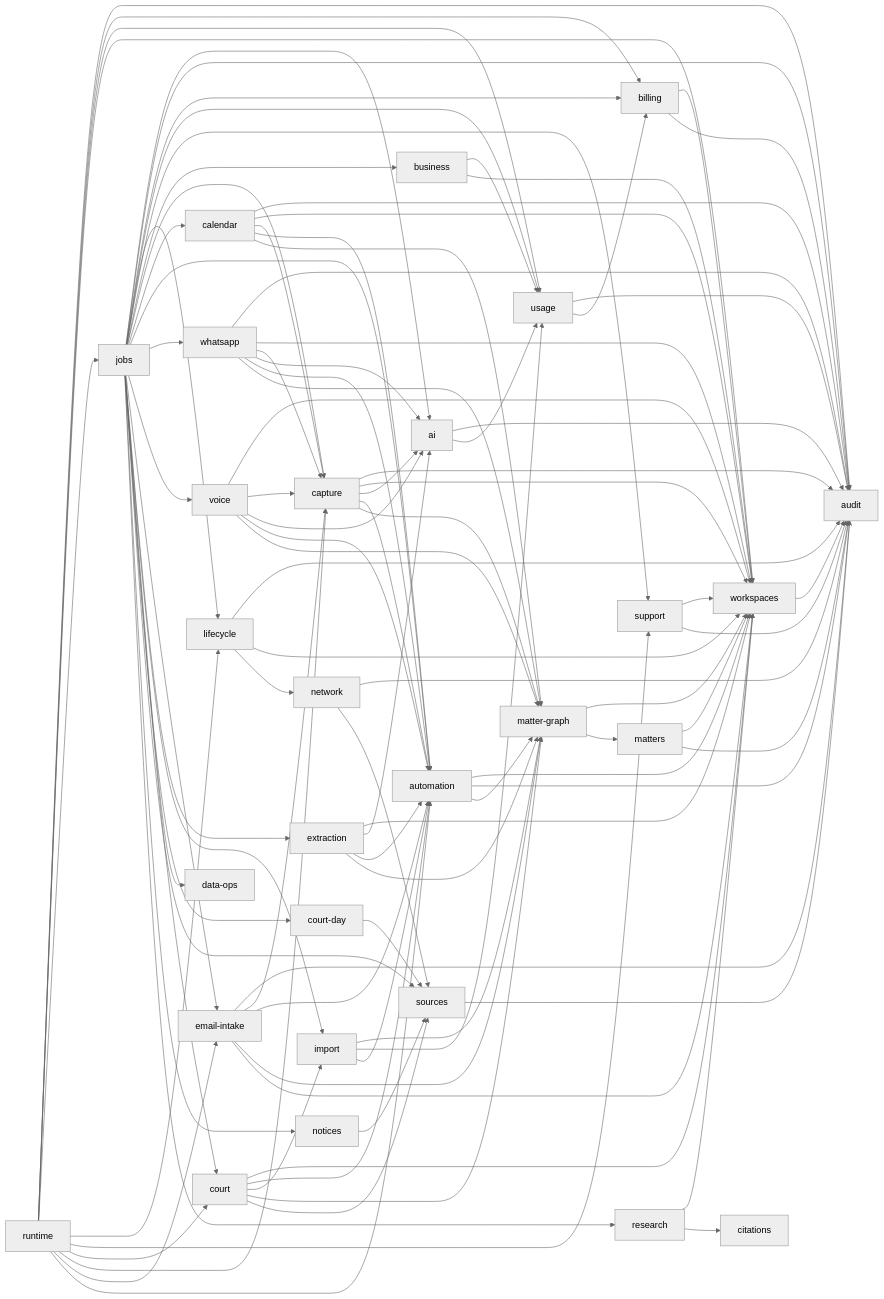
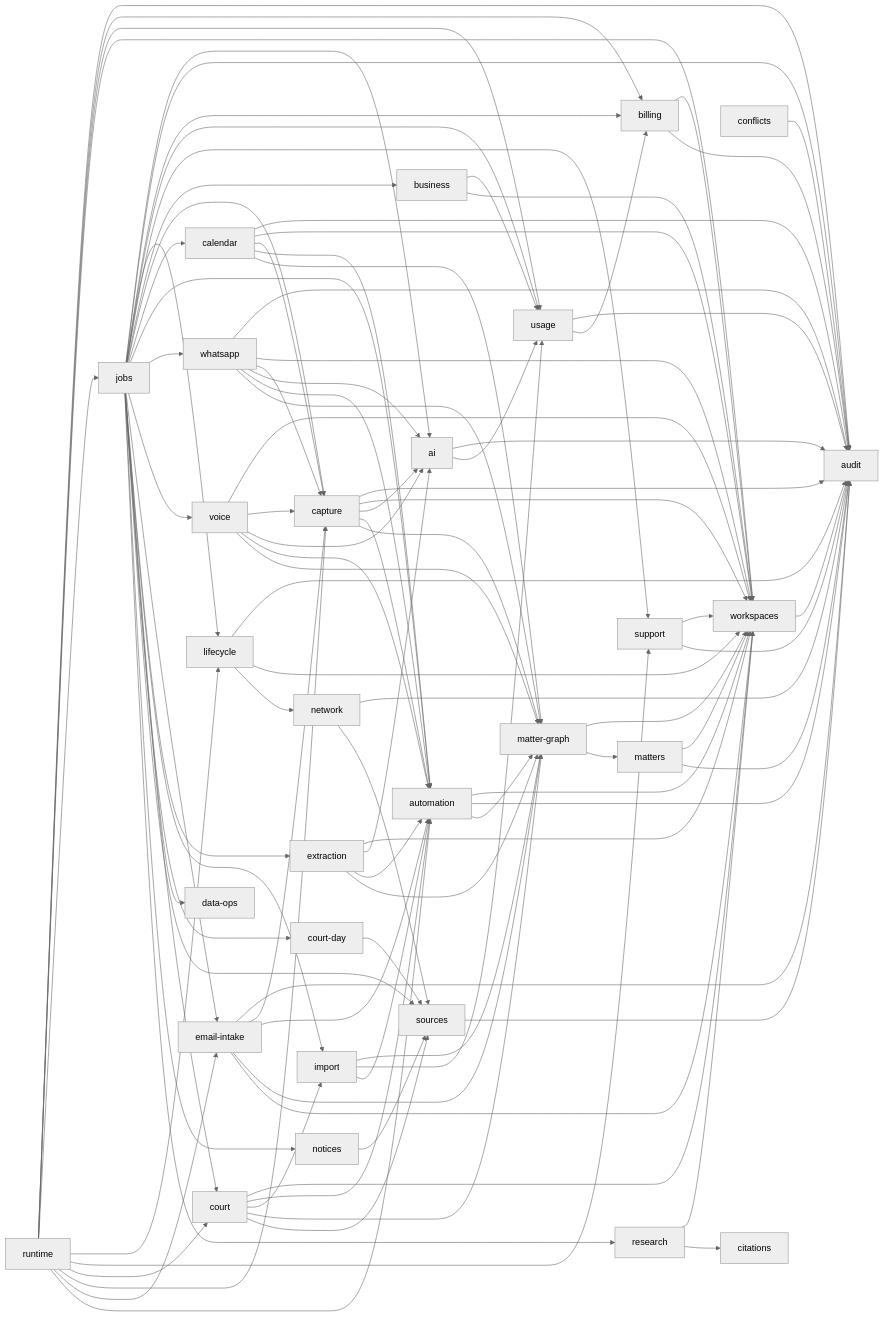
One commit to RapierCraftStudios/causedeck changed the diagram in docs/engineering/core-domains.md. Above: the diagram before and after it, drawn with Mermaid (neutral theme). The commit also changed other lines of this file and 30 other files, not shown here.

```diff
--- a/docs/engineering/core-domains.md
+++ b/docs/engineering/core-domains.md
@@ -141,6 +142,7 @@
   jobs --> sources
   jobs --> notices
   notices --> sources
+  conflicts --> audit
   jobs --> research
   calendar --> audit
   calendar --> workspaces
```
